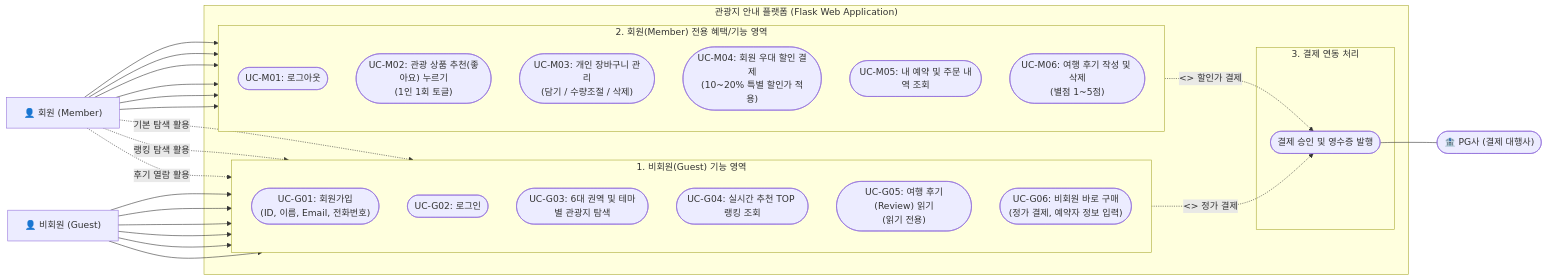
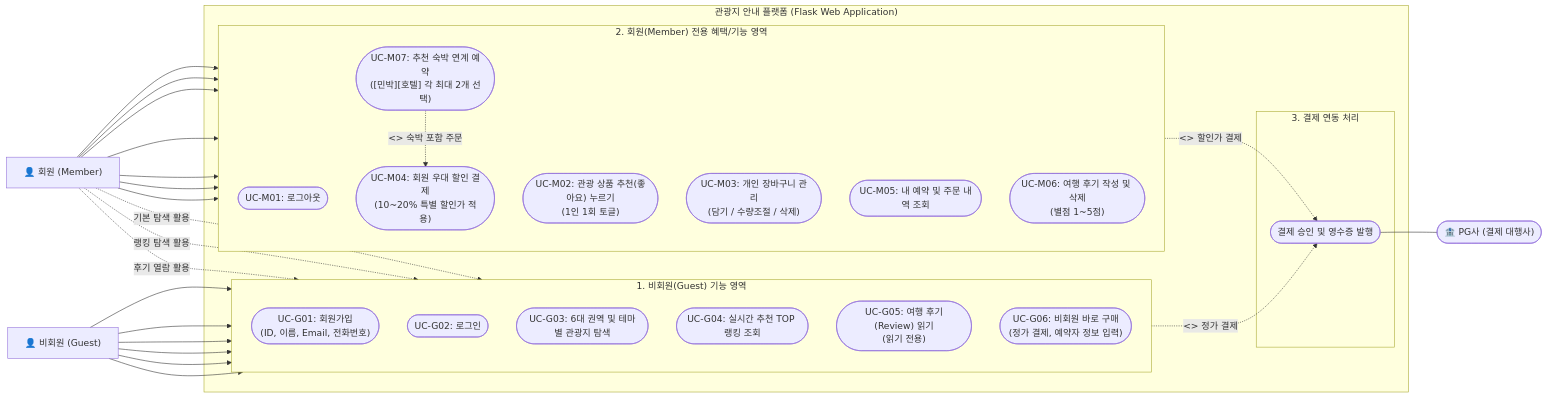
Before and after one commit to hongdonjoo70/travel: the first of 3 diagrams in README.md, drawn with Mermaid. The commit also changed other lines of this file and 14 other files, not shown here.

````diff
--- a/README.md
+++ b/README.md
@@ -146,61 +153,64 @@
 ```mermaid
 flowchart LR
     %% Actors
     Guest["👤 비회원 (Guest)"]
     Member["👤 회원 (Member)"]
     PG(["🏦 PG사 (결제 대행사)"])
 
     subgraph System ["관광지 안내 플랫폼 (Flask Web Application)"]
         
         %% 1. 비회원 유스케이스 영역
         subgraph GuestScope ["1. 비회원(Guest) 기능 영역"]
             direction TB
             G1(["UC-G01: 회원가입\n(ID, 이름, Email, 전화번호)"])
             G2(["UC-G02: 로그인"])
             G3(["UC-G03: 6대 권역 및 테마별 관광지 탐색"])
             G4(["UC-G04: 실시간 추천 TOP 랭킹 조회"])
             G5(["UC-G05: 여행 후기(Review) 읽기\n(읽기 전용)"])
             G6(["UC-G06: 비회원 바로 구매\n(정가 결제, 예약자 정보 입력)"])
         end
 
         %% 2. 회원 전용 유스케이스 영역
         subgraph MemberScope ["2. 회원(Member) 전용 혜택/기능 영역"]
             direction TB
             M1(["UC-M01: 로그아웃"])
             M2(["UC-M02: 관광 상품 추천(좋아요) 누르기\n(1인 1회 토글)"])
             M3(["UC-M03: 개인 장바구니 관리\n(담기 / 수량조절 / 삭제)"])
             M4(["UC-M04: 회원 우대 할인 결제\n(10~20% 특별 할인가 적용)"])
             M5(["UC-M05: 내 예약 및 주문 내역 조회"])
             M6(["UC-M06: 여행 후기 작성 및 삭제\n(별점 1~5점)"])
+            M7(["UC-M07: 추천 숙박 연계 예약\n([민박][호텔] 각 최대 2개 선택)"])
         end
 
         %% 3. 결제 처리 영역
         subgraph CommonPayScope ["3. 결제 연동 처리"]
             PayProcess(["결제 승인 및 영수증 발행"])
         end
     end
 
     %% Guest Relations
     Guest --> G1
     Guest --> G2
     Guest --> G3
     Guest --> G4
     Guest --> G5
     Guest --> G6
 
     %% Member Relations
     Member --> M1
     Member --> M2
     Member --> M3
     Member --> M4
     Member --> M5
     Member --> M6
+    Member --> M7
     Member -.->|기본 탐색 활용| G3
     Member -.->|랭킹 탐색 활용| G4
     Member -.->|후기 열람 활용| G5
 
     %% Payment Relations
     G6 -.->|<<include>> 정가 결제| PayProcess
     M4 -.->|<<include>> 할인가 결제| PayProcess
+    M7 -.->|<<extend>> 숙박 포함 주문| M4
     PayProcess --- PG
 ```
````
